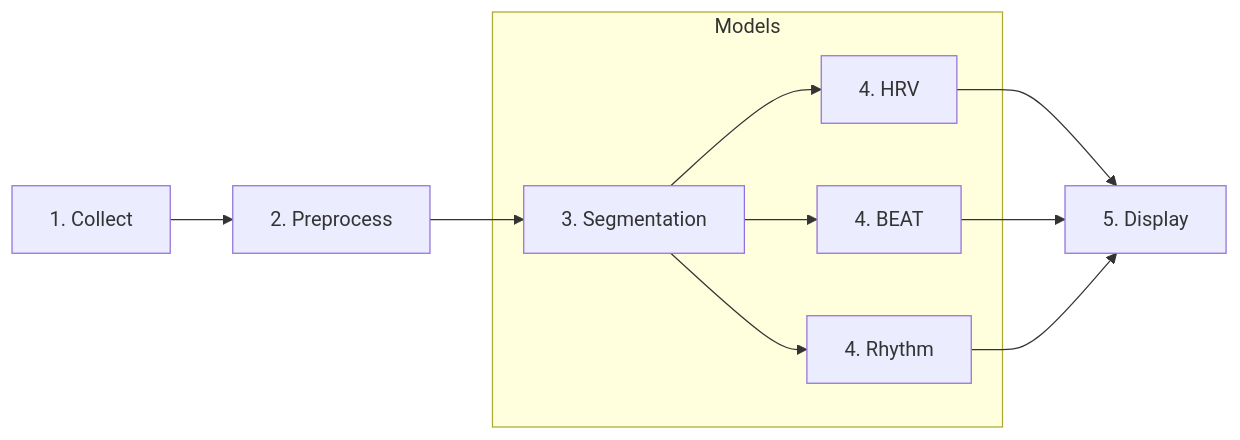
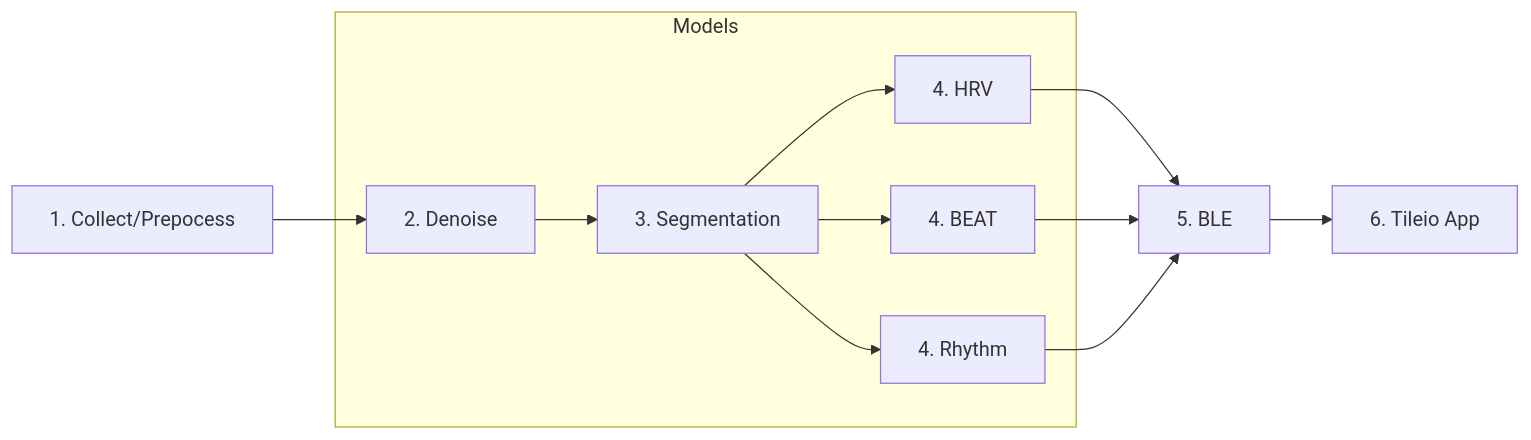
Before and after one commit to AmbiqAI/heartkit: the diagram in docs/guides/heartkit-demo.md, drawn with Mermaid. The commit also changed other lines of this file and 1813 other files, not shown here.

````diff
--- a/docs/guides/heartkit-demo.md
+++ b/docs/guides/heartkit-demo.md
@@ -11,13 +9,15 @@
 ```mermaid
 flowchart LR
-    COLL[1. Collect] --> PRE[2. Preprocess]
-    PRE[2. Preprocess] --> SEG[3. Segmentation]
+    COLL[1. Collect/Prepocess] --> DEN
     subgraph Models
-    SEG[3. Segmentation] --> HRV[4. HRV]
-    SEG[3. Segmentation] --> BEAT[4. BEAT]
-    SEG[3. Segmentation] --> ARR[4. Rhythm]
+    DEN[2. Denoise] --> SEG
+    SEG[3. Segmentation] --> HRV
+    SEG[3. Segmentation] --> BEAT
+    SEG[3. Segmentation] --> ARR
     end
-    HRV[4. HRV] --> DISP[5. Display]
-    BEAT[4. BEAT] --> DISP
-    ARR[4. Rhythm] --> DISP
+    HRV[4. HRV] --> BLE
+    BEAT[4. BEAT] --> BLE
+    ARR[4. Rhythm] --> BLE
+    BLE[5. BLE] --> APP
+    APP[6. Tileio App]
 ```
````
